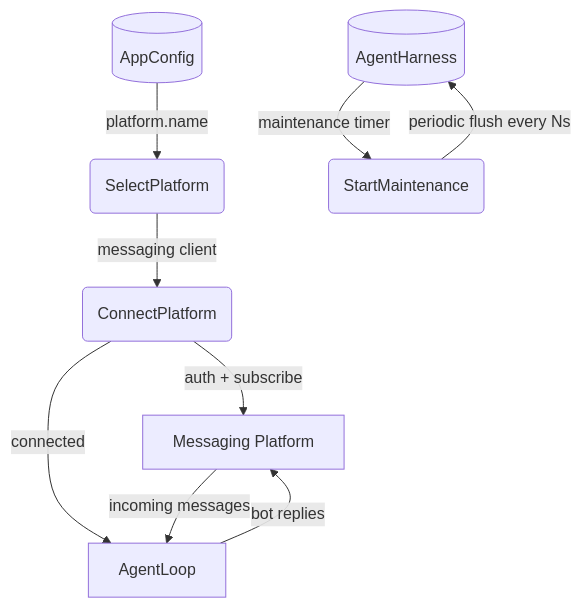
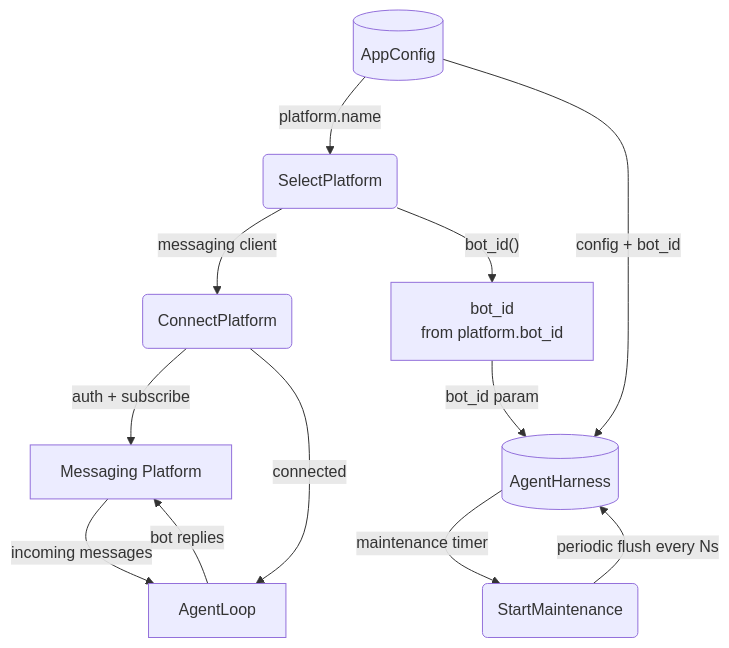
Before and after one commit to cosmoswafer/rockbot: the third of 3 diagrams in _dfd/agent/boot-sequence.md, drawn with Mermaid. The commit also changed other lines of this file and 10 other files, not shown here.

Commit message:
refactor(harness): obtain bot_id via MessagingClient trait instead of platform match (closes #58)

````diff
--- a/_dfd/agent/boot-sequence.md
+++ b/_dfd/agent/boot-sequence.md
@@ -99,19 +99,23 @@
 ```mermaid
 flowchart TD
     CFG_STORE[(AppConfig)]
+    SELECT_PLAT(SelectPlatform)
+    BOT_ID[bot_id<br/>from platform.bot_id]
     HARNESS[(AgentHarness)]
-    SELECT_PLAT(SelectPlatform)
     CONNECT(ConnectPlatform)
     TIMER(StartMaintenance)
     PLATFORM[Messaging Platform]
     LOOP[AgentLoop]
 
     CFG_STORE -->|"platform.name"| SELECT_PLAT
     SELECT_PLAT -->|"messaging client"| CONNECT
+    SELECT_PLAT -->|"bot_id()"| BOT_ID
+    CFG_STORE -->|"config + bot_id"| HARNESS
+    BOT_ID -->|"bot_id param"| HARNESS
     HARNESS -->|"maintenance timer"| TIMER
     TIMER -->|"periodic flush every Ns"| HARNESS
     CONNECT -->|"auth + subscribe"| PLATFORM
     CONNECT -->|"connected"| LOOP
     PLATFORM -->|"incoming messages"| LOOP
     LOOP -->|"bot replies"| PLATFORM
 ```
````
